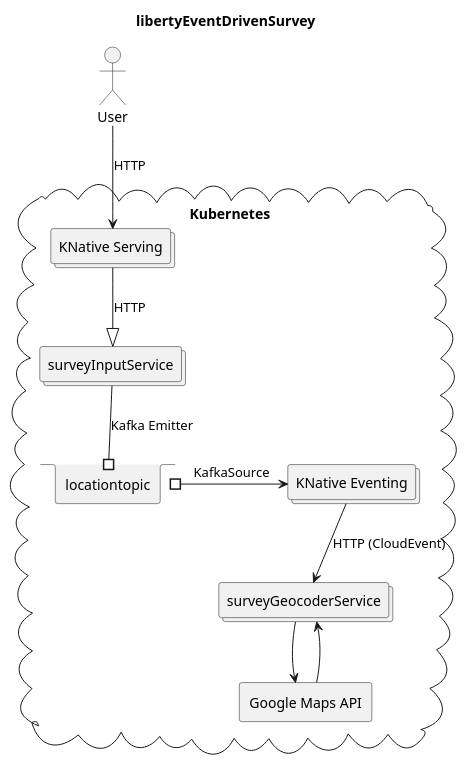
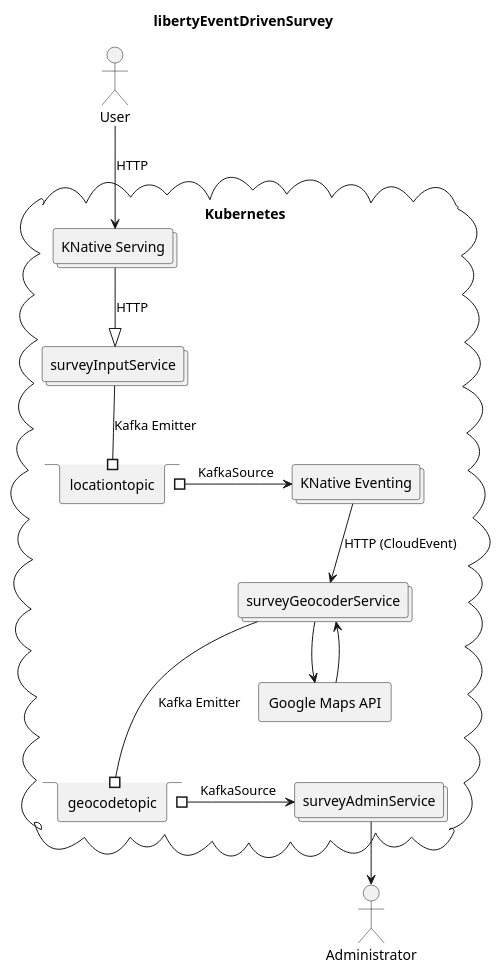
The diagram in doc/libertyEventDrivenSurvey-location.plantuml (IBM/libertyEventDrivenSurvey), drawn with PlantUML before and after one commit. The commit also changed 3 other files, not shown here.

Commit message:
Update architecture

```diff
--- a/doc/libertyEventDrivenSurvey-location.plantuml
+++ b/doc/libertyEventDrivenSurvey-location.plantuml
@@ -1,30 +1,36 @@
 @startuml
 
 title libertyEventDrivenSurvey
 
 skinparam monochrome true
 skinparam DefaultTextAlignment center
 scale 1.0
 
-actor user1 as "User"
+actor user as "User"
+actor admin as "Administrator"
 
 ' https://plantuml.com/deployment-diagram
 ' Arrows: https://plantuml.com/deployment-diagram#bb3fdb917676e9ae
 cloud kubernetes as "Kubernetes" {
   collections knativeServing1 as "KNative Serving"
   collections surveyInputService
   stack locationtopic
   collections knativeServing2 as "KNative Eventing"
   collections surveyGeocoderService
   rectangle googleMaps as "Google Maps API"
+  stack geocodetopic
+  collections surveyAdminService
 }
 
-user1 --> knativeServing1 : HTTP
+user --> knativeServing1 : HTTP
 knativeServing1 --^ surveyInputService : HTTP
 surveyInputService --# locationtopic : Kafka Emitter
 locationtopic #-> knativeServing2 : KafkaSource
 knativeServing2 --> surveyGeocoderService : HTTP (CloudEvent)
 surveyGeocoderService --> googleMaps
 googleMaps --> surveyGeocoderService
+surveyGeocoderService ---# geocodetopic : Kafka Emitter
+geocodetopic #-> surveyAdminService : KafkaSource
+surveyAdminService --> admin
 
 @enduml
```
